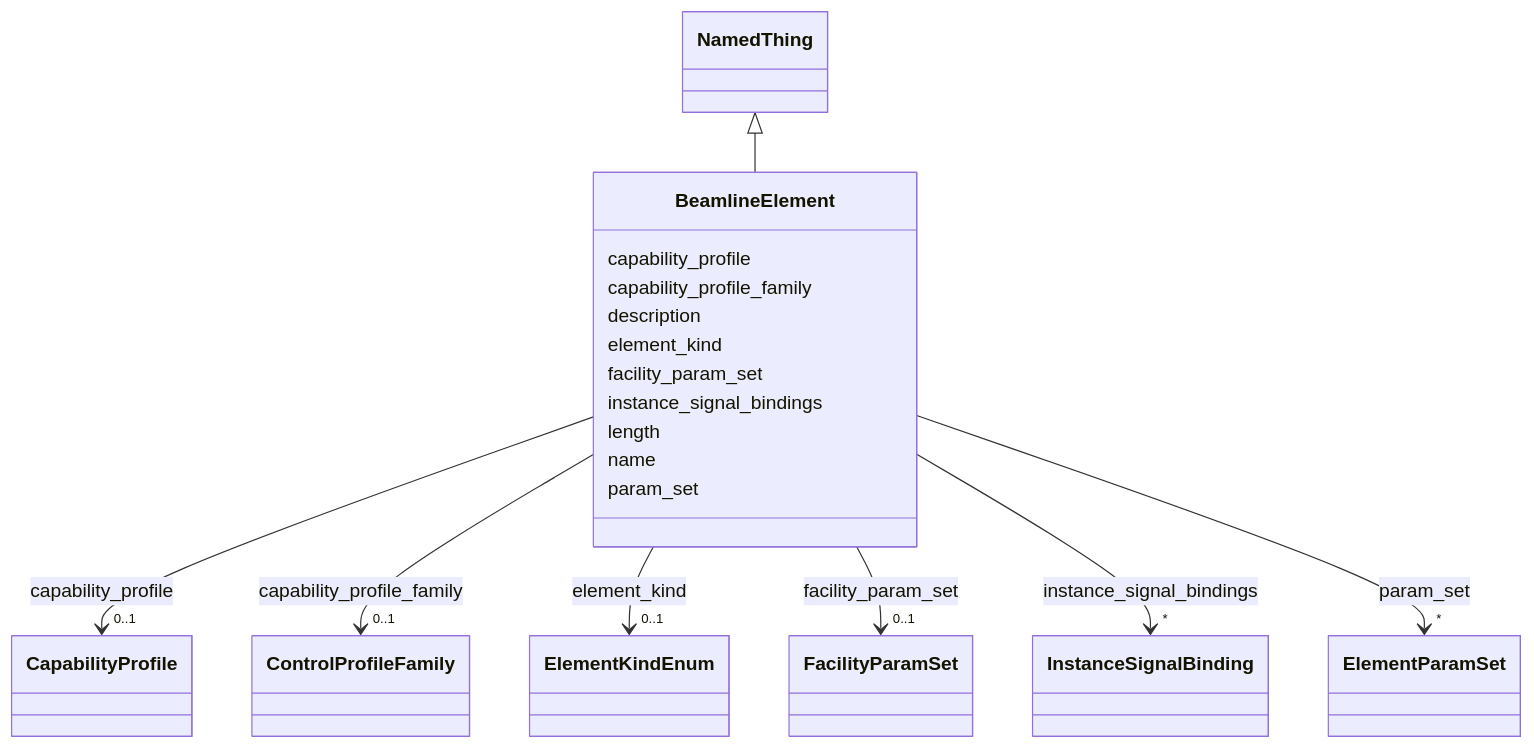
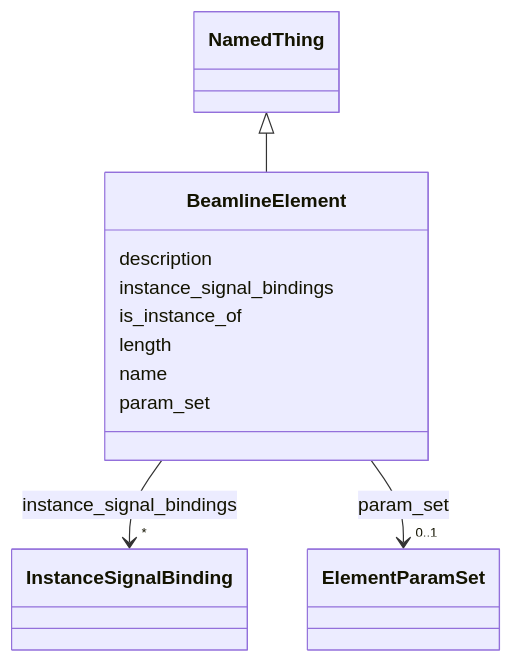
Before and after one commit to pals-project/pals-facility-config: the diagram in docs_narad/BeamlineElement.md, drawn with Mermaid. The commit also changed other lines of this file and 126 other files, not shown here.

````diff
--- a/docs_narad/BeamlineElement.md
+++ b/docs_narad/BeamlineElement.md
@@ -18,81 +18,39 @@
 ```mermaid
  classDiagram
     class BeamlineElement
     click BeamlineElement href "../BeamlineElement/"
       NamedThing <|-- BeamlineElement
         click NamedThing href "../NamedThing/"
       
-      BeamlineElement : capability_profile
-        
-          
-    
-        
-        
-        BeamlineElement --> "0..1" CapabilityProfile : capability_profile
-        click CapabilityProfile href "../CapabilityProfile/"
-    
-
-        
-      BeamlineElement : capability_profile_family
-        
-          
-    
-        
-        
-        BeamlineElement --> "0..1" ControlProfileFamily : capability_profile_family
-        click ControlProfileFamily href "../ControlProfileFamily/"
-    
-
-        
       BeamlineElement : description
-        
-      BeamlineElement : element_kind
-        
-          
-    
-        
-        
-        BeamlineElement --> "0..1" ElementKindEnum : element_kind
-        click ElementKindEnum href "../ElementKindEnum/"
-    
-
-        
-      BeamlineElement : facility_param_set
-        
-          
-    
-        
-        
-        BeamlineElement --> "0..1" FacilityParamSet : facility_param_set
-        click FacilityParamSet href "../FacilityParamSet/"
-    
-
         
       BeamlineElement : instance_signal_bindings
         
           
     
         
         
         BeamlineElement --> "*" InstanceSignalBinding : instance_signal_bindings
         click InstanceSignalBinding href "../InstanceSignalBinding/"
     
 
         
+      BeamlineElement : is_instance_of
+        
       BeamlineElement : length
         
       BeamlineElement : name
         
       BeamlineElement : param_set
         
           
     
         
         
-        BeamlineElement --> "*" ElementParamSet : param_set
+        BeamlineElement --> "0..1" ElementParamSet : param_set
         click ElementParamSet href "../ElementParamSet/"
     
 
         
       
 ```
````
